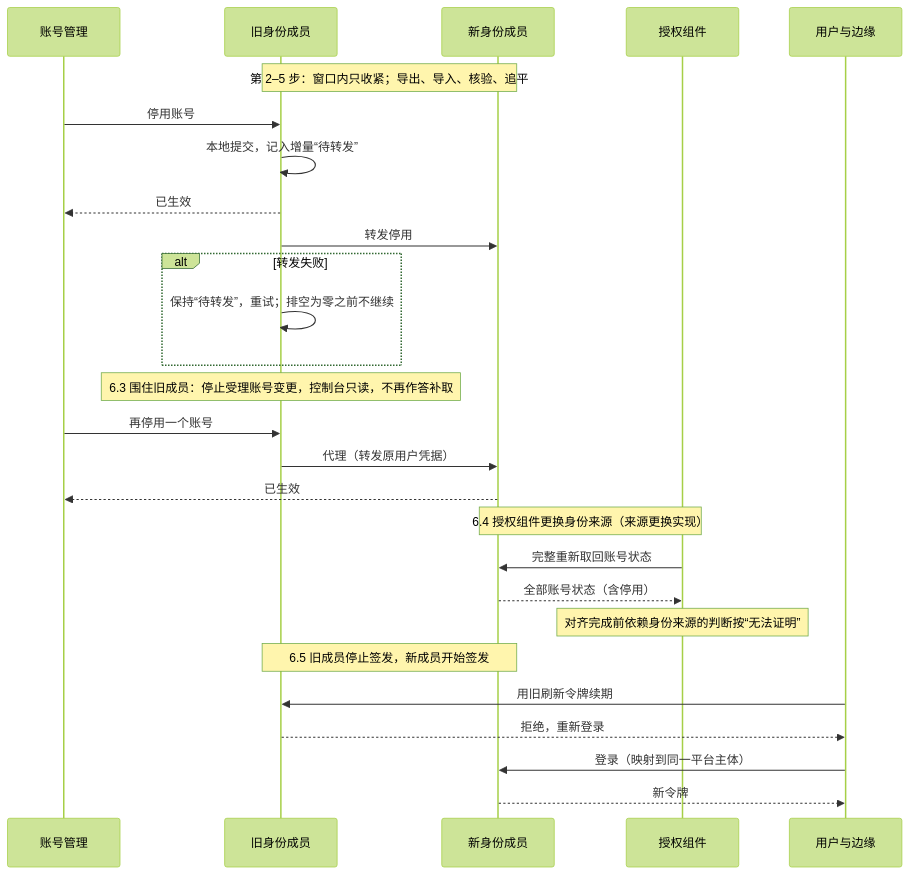
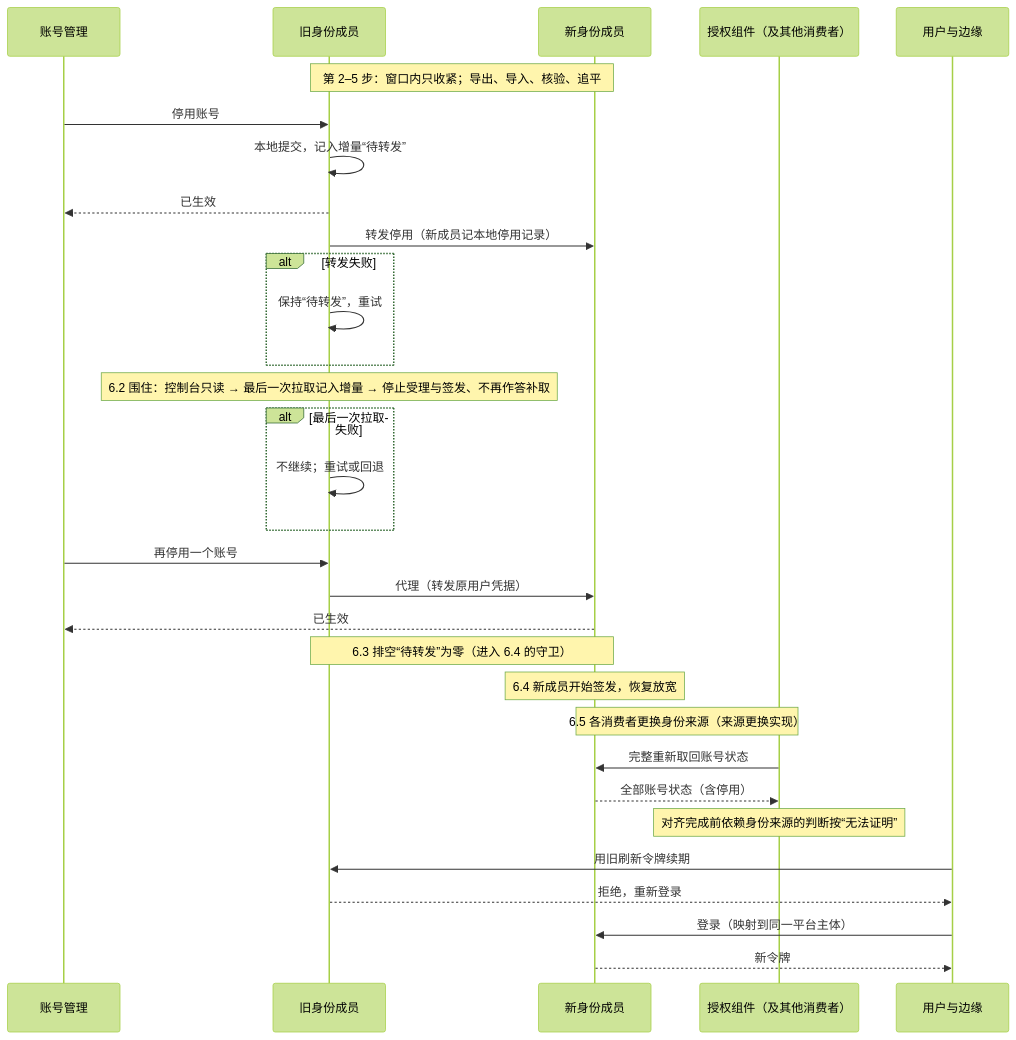
One commit to brickKit/be-assembly-standard changed the diagram in tempDocs/final/06-protocols/security/11-identity-member-switching.md. Above: the diagram before and after it, drawn with Mermaid (forest theme). The commit also changed other lines of this file and 13 other files, not shown here.

````diff
--- a/tempDocs/final/06-protocols/security/11-identity-member-switching.md
+++ b/tempDocs/final/06-protocols/security/11-identity-member-switching.md
@@ -46,29 +62,33 @@
 ```mermaid
 sequenceDiagram
     participant Op as 账号管理
     participant Old as 旧身份成员
     participant New as 新身份成员
-    participant Z as 授权组件
+    participant Z as 授权组件（及其他消费者）
     participant U as 用户与边缘
     Note over Old,New: 第 2–5 步：窗口内只收紧；导出、导入、核验、追平
     Op->>Old: 停用账号
     Old->>Old: 本地提交，记入增量“待转发”
     Old-->>Op: 已生效
-    Old->>New: 转发停用
+    Old->>New: 转发停用（新成员记本地停用记录）
     alt 转发失败
-        Old->>Old: 保持“待转发”，重试；排空为零之前不继续
+        Old->>Old: 保持“待转发”，重试
     end
-    Note over Old: 6.3 围住旧成员：停止受理账号变更，控制台只读，不再作答补取
+    Note over Old: 6.2 围住：控制台只读 → 最后一次拉取记入增量 → 停止受理与签发、不再作答补取
+    alt 最后一次拉取失败
+        Old->>Old: 不继续；重试或回退
+    end
     Op->>Old: 再停用一个账号
     Old->>New: 代理（转发原用户凭据）
     New-->>Op: 已生效
-    Note over Z,New: 6.4 授权组件更换身份来源（来源更换实现）
+    Note over Old,New: 6.3 排空“待转发”为零（进入 6.4 的守卫）
+    Note over New: 6.4 新成员开始签发，恢复放宽
+    Note over Z,New: 6.5 各消费者更换身份来源（来源更换实现）
     Z->>New: 完整重新取回账号状态
     New-->>Z: 全部账号状态（含停用）
     Note over Z: 对齐完成前依赖身份来源的判断按“无法证明”
-    Note over Old,New: 6.5 旧成员停止签发，新成员开始签发
     U->>Old: 用旧刷新令牌续期
     Old-->>U: 拒绝，重新登录
     U->>New: 登录（映射到同一平台主体）
     New-->>U: 新令牌
 ```
````
